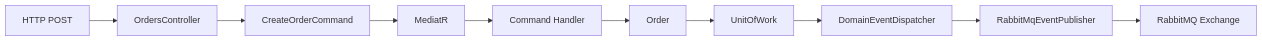
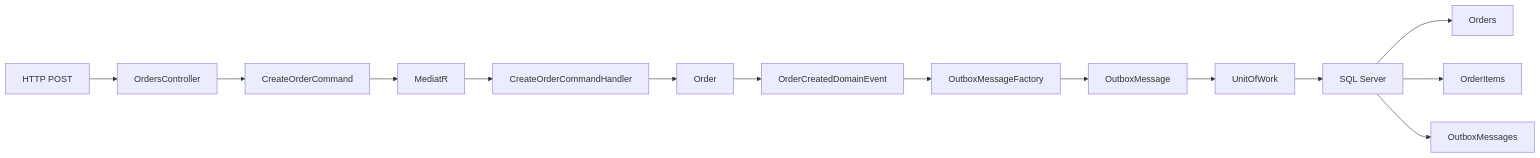
One commit to MarcosMj2rs/OrderFlow changed the third of 11 diagrams in docs/diagrams/Arquitetura-Geral.md. Above: the diagram before and after it, drawn with Mermaid. The commit also changed other lines of this file and 3 other files, not shown here.

````diff
--- a/docs/diagrams/Arquitetura-Geral.md
+++ b/docs/diagrams/Arquitetura-Geral.md
@@ -109,14 +167,19 @@
 ```mermaid
 flowchart LR
 
 A[HTTP POST]
 --> B[OrdersController]
 --> C[CreateOrderCommand]
 --> D[MediatR]
---> E[Command Handler]
+--> E[CreateOrderCommandHandler]
 --> F[Order]
---> G[UnitOfWork]
---> H[DomainEventDispatcher]
---> I[RabbitMqEventPublisher]
---> J[RabbitMQ Exchange]
+--> G[OrderCreatedDomainEvent]
+--> H[OutboxMessageFactory]
+--> I[OutboxMessage]
+--> J[UnitOfWork]
+--> K[SQL Server]
+
+K --> L[Orders]
+K --> M[OrderItems]
+K --> N[OutboxMessages]
 ```
````
